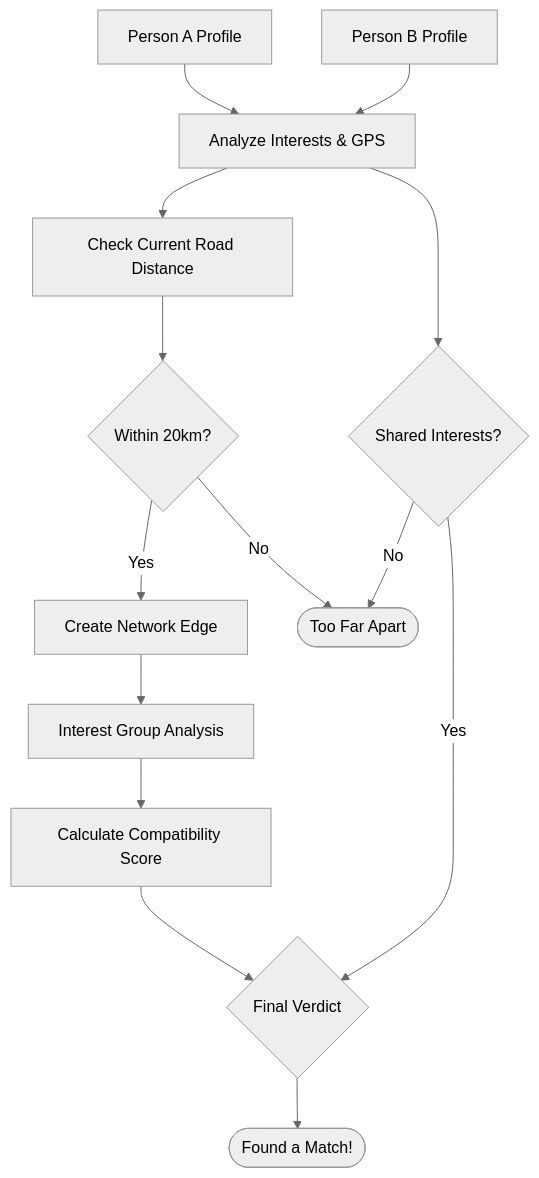
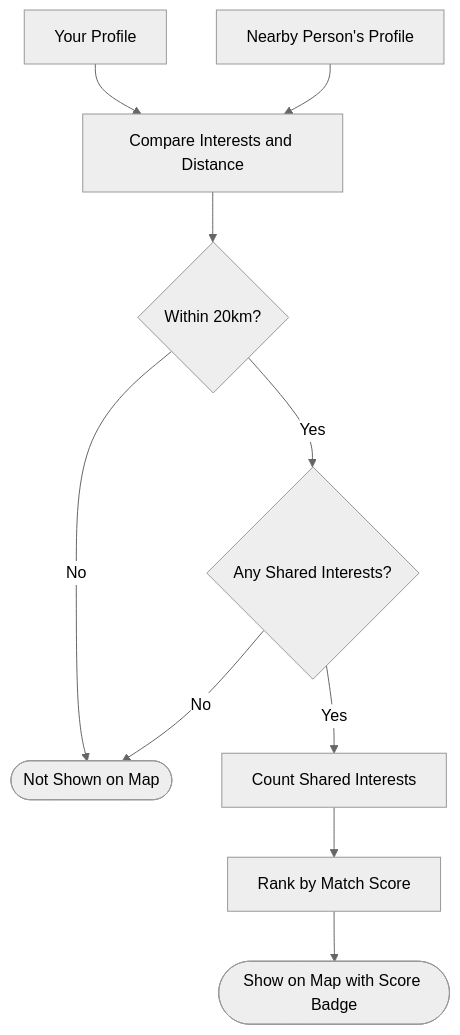
One commit to Akash-Veerla/Demographic changed the fourth of 14 diagrams in docs/DIAGRAMS.md. Above: the diagram before and after it, drawn with Mermaid (neutral theme). The commit also changed other lines of this file and 2 other files, not shown here.

Commit message:
Update README.md & DIAGRAMS.md

````diff
--- a/docs/DIAGRAMS.md
+++ b/docs/DIAGRAMS.md
@@ -134,21 +144,16 @@
 ```mermaid
 graph TD
-    U1[Person A Profile] --> Data[Analyze Interests & GPS]
-    U2[Person B Profile] --> Data
-    
-    Data --> Distance[Check Current Road Distance]
-    Distance --> Range{Within 20km?}
-    
-    Range -- "Yes" --> Link[Create Network Edge]
-    Range -- "No" --> NoMatch([Too Far Apart])
-    
-    Link --> Algorithm[Interest Group Analysis]
-    Algorithm --> Score[Calculate Compatibility Score]
-    Score --> Logic{Final Verdict}
-    
-    Data --> Common{Shared Interests?}
-    Common -- "Yes" --> Logic
-    Common -- "No" --> NoMatch
-    
-    Logic --> Match([Found a Match!])
+    YouProfile[Your Profile] --> Compare[Compare Interests and Distance]
+    TheirProfile[Nearby Person's Profile] --> Compare
+
+    Compare --> Distance{Within 20km?}
+
+    Distance -- "No" --> NoMatch([Not Shown on Map])
+    Distance -- "Yes" --> Interests{Any Shared Interests?}
+
+    Interests -- "No" --> NoMatch
+    Interests -- "Yes" --> Score[Count Shared Interests]
+
+    Score --> Rank[Rank by Match Score]
+    Rank --> Pin([Show on Map with Score Badge])
 ```
````
